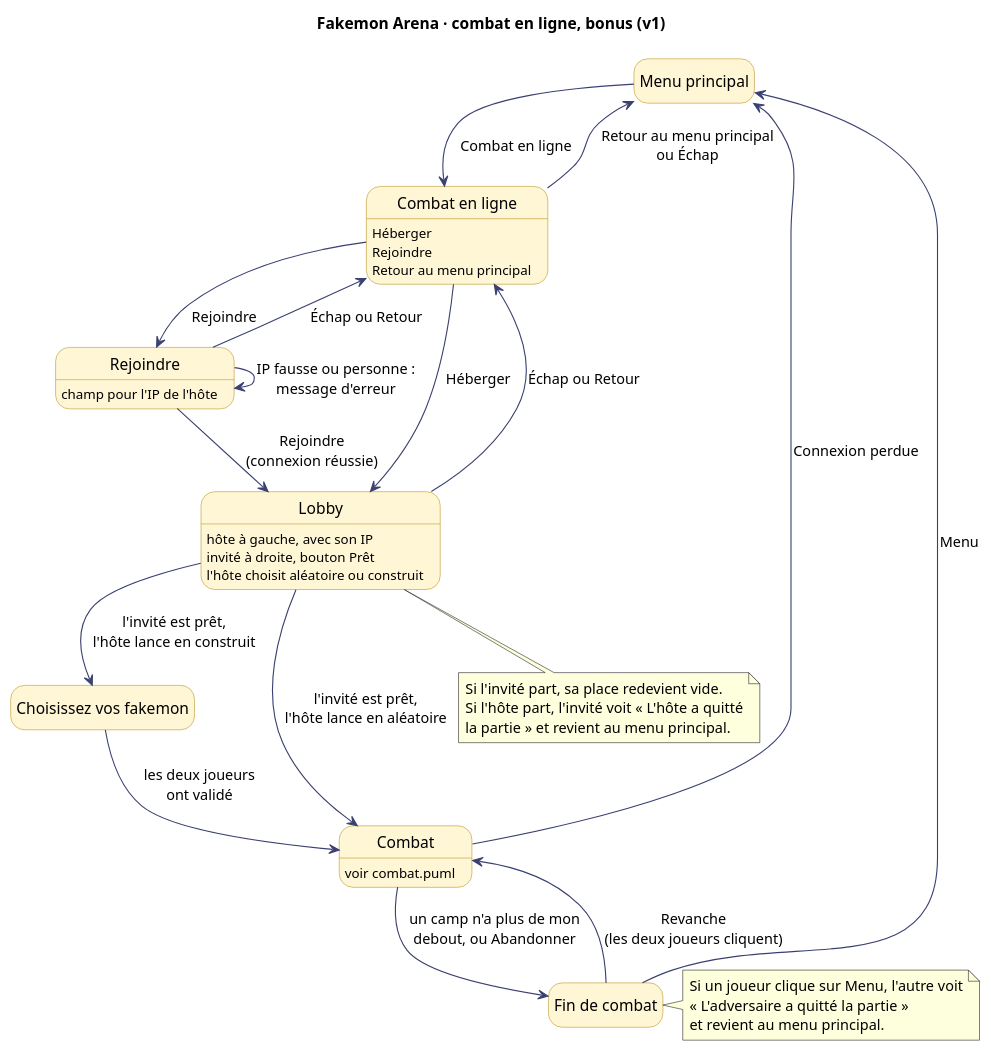
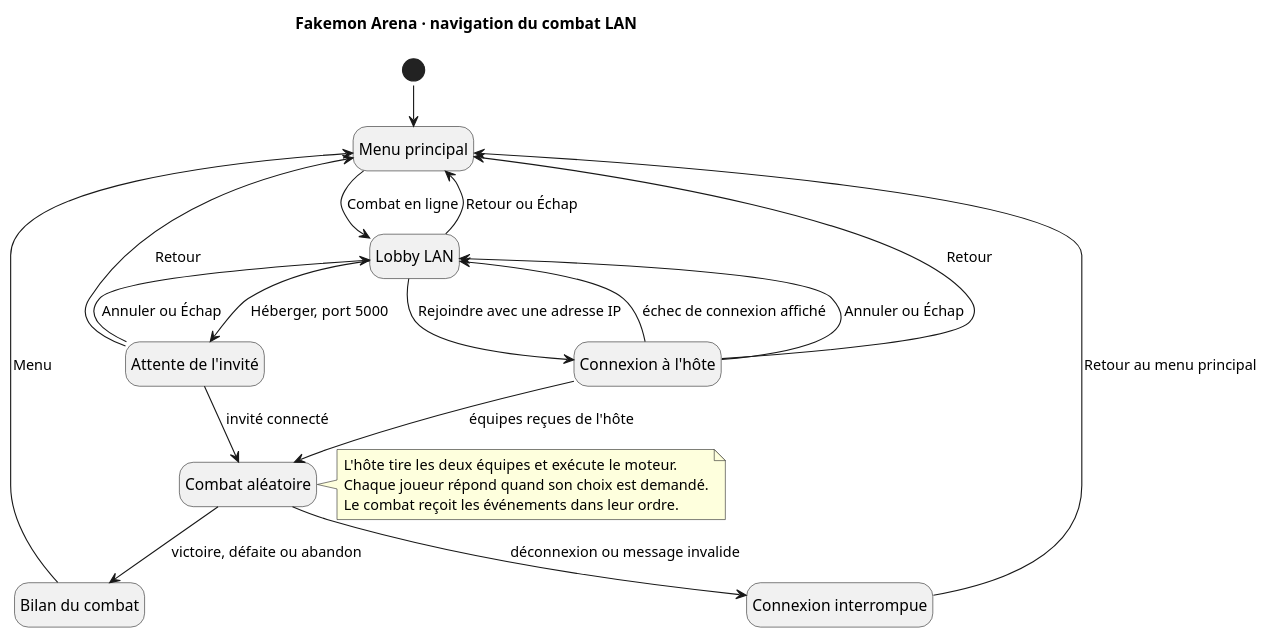
One commit to OnerAliCan/fakemon-arena changed the diagram in docs/uml/combat-en-ligne.puml. Above: the diagram before and after it, drawn with PlantUML. The commit also changed 63 other files, not shown here.

First line of the commit message:
feat: ajoute le Mondex et les fiches détaillées des Fakemon (#45) (#71)

```diff
--- a/docs/uml/combat-en-ligne.puml
+++ b/docs/uml/combat-en-ligne.puml
@@ -1,47 +1,37 @@
 @startuml combat-en-ligne
 !pragma layout smetana
-title Fakemon Arena · combat en ligne, bonus (v1)
-skinparam defaultFontName Segoe UI
-skinparam state {
-  BackgroundColor #FFF6D6
-  BorderColor #B8901A
-  ArrowColor #3A4170
-}
+skinparam defaultFontName "Segoe UI"
 hide empty description
+title Fakemon Arena · navigation du combat LAN
 
 state "Menu principal" as Menu
-state "Combat en ligne" as Ligne : Héberger\nRejoindre\nRetour au menu principal
-state "Rejoindre" as Rejoindre : champ pour l'IP de l'hôte
-state "Lobby" as Lobby : hôte à gauche, avec son IP\ninvité à droite, bouton Prêt\nl'hôte choisit aléatoire ou construit
-state "Choisissez vos fakemon" as Choix
-state "Combat" as Combat : voir combat.puml
-state "Fin de combat" as Fin
+state "Lobby LAN" as Lobby
+state "Attente de l'invité" as Waiting
+state "Connexion à l'hôte" as Joining
+state "Combat aléatoire" as Battle
+state "Bilan du combat" as Result
+state "Connexion interrompue" as Error
 
-Menu --> Ligne : Combat en ligne
-Ligne --> Lobby : Héberger
-Ligne --> Rejoindre : Rejoindre
-Rejoindre --> Lobby : Rejoindre\n(connexion réussie)
-Rejoindre --> Rejoindre : IP fausse ou personne :\nmessage d'erreur
-Rejoindre --> Ligne : Échap ou Retour
-Lobby --> Ligne : Échap ou Retour
-Ligne --> Menu : Retour au menu principal\nou Échap
-Lobby --> Combat : l'invité est prêt,\nl'hôte lance en aléatoire
-Lobby --> Choix : l'invité est prêt,\nl'hôte lance en construit
-Choix --> Combat : les deux joueurs\nont validé
-Combat --> Fin : un camp n'a plus de mon\ndebout, ou Abandonner
-Combat --> Menu : Connexion perdue
-Fin --> Combat : Revanche\n(les deux joueurs cliquent)
-Fin --> Menu : Menu
+[*] --> Menu
+Menu --> Lobby : Combat en ligne
+Lobby --> Waiting : Héberger, port 5000
+Lobby --> Joining : Rejoindre avec une adresse IP
+Joining --> Lobby : échec de connexion affiché
+Waiting --> Lobby : Annuler ou Échap
+Joining --> Lobby : Annuler ou Échap
+Lobby --> Menu : Retour ou Échap
+Waiting --> Menu : Retour
+Joining --> Menu : Retour
+Waiting --> Battle : invité connecté
+Joining --> Battle : équipes reçues de l'hôte
+Battle --> Result : victoire, défaite ou abandon
+Battle --> Error : déconnexion ou message invalide
+Error --> Menu : Retour au menu principal
+Result --> Menu : Menu
 
-note bottom of Lobby
-  Si l'invité part, sa place redevient vide.
-  Si l'hôte part, l'invité voit « L'hôte a quitté
-  la partie » et revient au menu principal.
-end note
-
-note right of Fin
-  Si un joueur clique sur Menu, l'autre voit
-  « L'adversaire a quitté la partie »
-  et revient au menu principal.
+note right of Battle
+  L'hôte tire les deux équipes et exécute le moteur.
+  Chaque joueur répond quand son choix est demandé.
+  Le combat reçoit les événements dans leur ordre.
 end note
 @enduml
```
